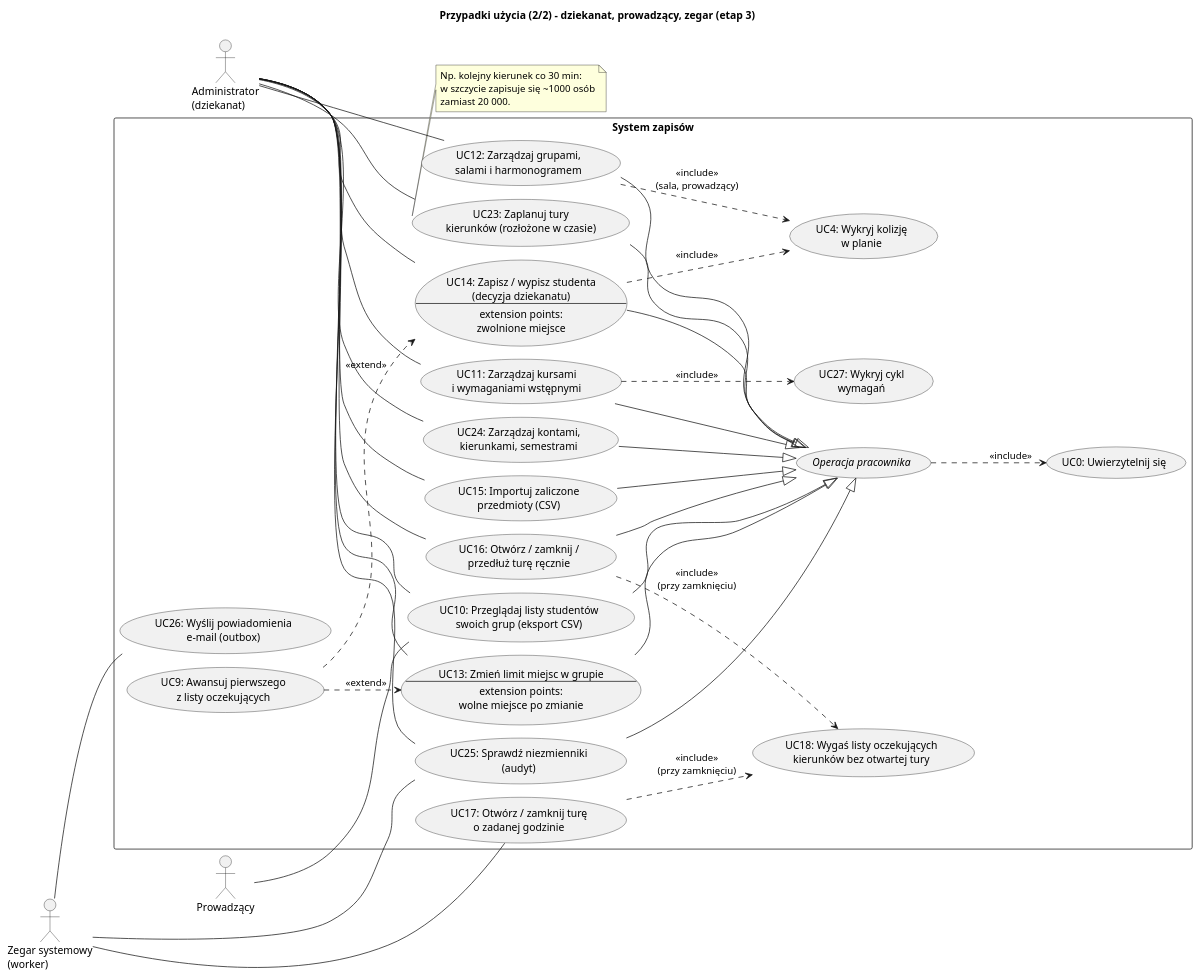
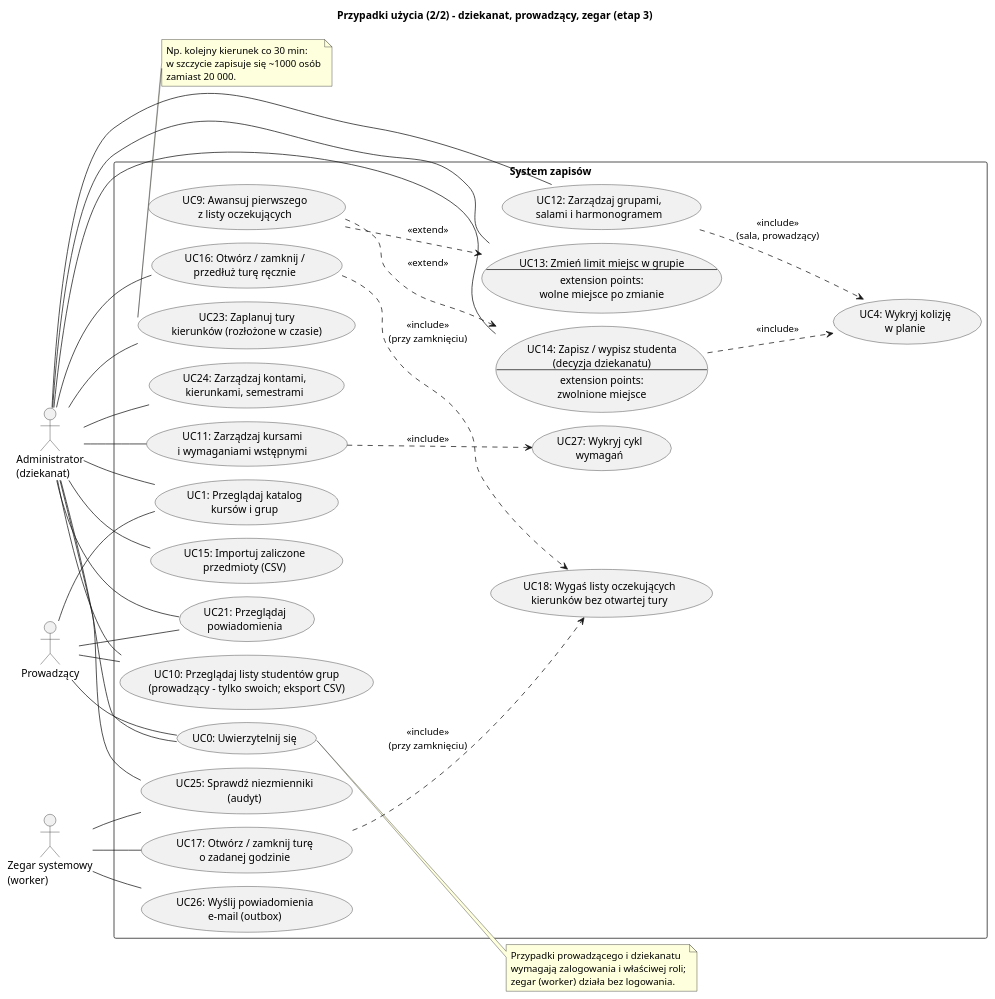
The diagram in etap3/diagramy/przypadki_uzycia_administracja.puml (Husaria55/USOSv2), drawn with PlantUML before and after one commit. The commit also changed 14 other files, not shown here.

First line of the commit message:
Etap 3: spójność diagramów z kodem i README (recenzja main)

```diff
--- a/etap3/diagramy/przypadki_uzycia_administracja.puml
+++ b/etap3/diagramy/przypadki_uzycia_administracja.puml
@@ -1,79 +1,80 @@
 @startuml przypadki_uzycia_administracja
 !pragma layout smetana
 left to right direction
 title Przypadki użycia (2/2) – dziekanat, prowadzący, zegar (etap 3)
 skinparam shadowing false
 
 actor "Administrator\n(dziekanat)" as A
 actor "Prowadzący" as P
 actor "Zegar systemowy\n(worker)" as Z
 
 rectangle "System zapisów" {
-  usecase "//Operacja pracownika//" as OPP
   usecase "UC0: Uwierzytelnij się" as UC0
-  usecase "UC10: Przeglądaj listy studentów\nswoich grup (eksport CSV)" as UC10
+  usecase "UC1: Przeglądaj katalog\nkursów i grup" as UC1
+  usecase "UC21: Przeglądaj\npowiadomienia" as UC21
+  usecase "UC10: Przeglądaj listy studentów grup\n(prowadzący – tylko swoich; eksport CSV)" as UC10
   usecase "UC11: Zarządzaj kursami\ni wymaganiami wstępnymi" as UC11
   usecase "UC12: Zarządzaj grupami,\nsalami i harmonogramem" as UC12
   usecase UC13 as "UC13: Zmień limit miejsc w grupie
 --
 extension points:
 wolne miejsce po zmianie"
   usecase UC14 as "UC14: Zapisz / wypisz studenta
 (decyzja dziekanatu)
 --
 extension points:
 zwolnione miejsce"
   usecase "UC15: Importuj zaliczone\nprzedmioty (CSV)" as UC15
   usecase "UC16: Otwórz / zamknij /\nprzedłuż turę ręcznie" as UC16
   usecase "UC17: Otwórz / zamknij turę\no zadanej godzinie" as UC17
   usecase "UC18: Wygaś listy oczekujących\nkierunków bez otwartej tury" as UC18
   usecase "UC23: Zaplanuj tury\nkierunków (rozłożone w czasie)" as UC23
   usecase "UC24: Zarządzaj kontami,\nkierunkami, semestrami" as UC24
   usecase "UC25: Sprawdź niezmienniki\n(audyt)" as UC25
   usecase "UC26: Wyślij powiadomienia\ne-mail (outbox)" as UC26
   usecase "UC4: Wykryj kolizję\nw planie" as UC4
   usecase "UC27: Wykryj cykl\nwymagań" as UC27
   usecase "UC9: Awansuj pierwszego\nz listy oczekujących" as UC9
 }
 
+P -- UC0
+A -- UC0
+P -- UC1
+P -- UC21
 P -- UC10
+A -- UC1
+A -- UC21
 A -- UC10
 A -- UC11
 A -- UC12
 A -- UC13
 A -- UC14
 A -- UC15
 A -- UC16
 A -- UC23
 A -- UC24
 A -- UC25
 Z -- UC17
 Z -- UC25
 Z -- UC26
 
-UC10 --|> OPP
-UC11 --|> OPP
-UC12 --|> OPP
-UC13 --|> OPP
-UC14 --|> OPP
-UC15 --|> OPP
-UC16 --|> OPP
-UC23 --|> OPP
-UC24 --|> OPP
-UC25 --|> OPP
-OPP ..> UC0 : <<include>>
 
 UC11 ..> UC27 : <<include>>
 UC12 ..> UC4 : <<include>>\n(sala, prowadzący)
 UC14 ..> UC4 : <<include>>
 UC9 ..> UC13 : <<extend>>
 UC9 ..> UC14 : <<extend>>
 UC16 ..> UC18 : <<include>>\n(przy zamknięciu)
 UC17 ..> UC18 : <<include>>\n(przy zamknięciu)
 
+note right of UC0
+  Przypadki prowadzącego i dziekanatu
+  wymagają zalogowania i właściwej roli;
+  zegar (worker) działa bez logowania.
+end note
 note bottom of UC23
   Np. kolejny kierunek co 30 min:
   w szczycie zapisuje się ~1000 osób
   zamiast 20 000.
 end note
 @enduml
```
